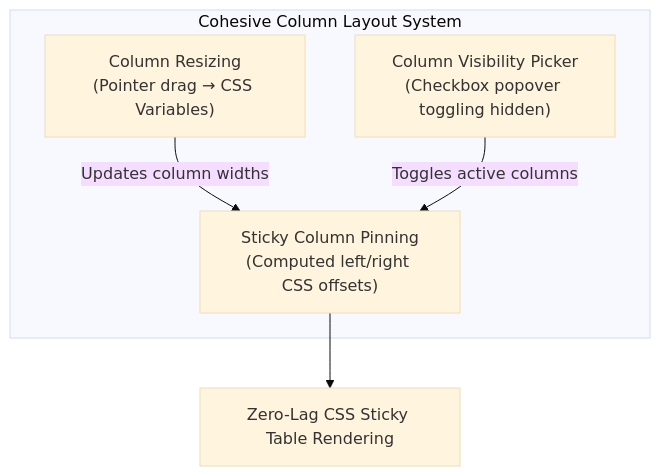
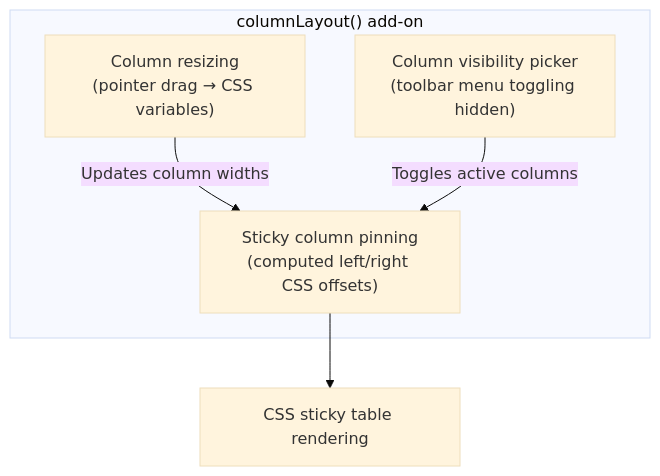
One commit to yaotzin1/apsw-gridwright changed the diagram in specs/column-layout/spec.md. Above: the diagram before and after it, drawn with Mermaid (base theme). The commit also changed other lines of this file and 201 other files, not shown here.

````diff
--- a/specs/column-layout/spec.md
+++ b/specs/column-layout/spec.md
@@ -35,12 +39,12 @@
 ```mermaid
 flowchart TD
-    subgraph ColumnLayout["Cohesive Column Layout System"]
-        Resize["Column Resizing<br/>(Pointer drag → CSS Variables)"]
-        Pin["Sticky Column Pinning<br/>(Computed left/right CSS offsets)"]
-        Visibility["Column Visibility Picker<br/>(Checkbox popover toggling hidden)"]
+    subgraph ColumnLayout["columnLayout() add-on"]
+        Resize["Column resizing<br/>(pointer drag → CSS variables)"]
+        Pin["Sticky column pinning<br/>(computed left/right CSS offsets)"]
+        Visibility["Column visibility picker<br/>(toolbar menu toggling hidden)"]
     end
 
     Resize -->|"Updates column widths"| Pin
     Visibility -->|"Toggles active columns"| Pin
-    Pin --> Render["Zero-Lag CSS Sticky Table Rendering"]
+    Pin --> Render["CSS sticky table rendering"]
 ```
````
